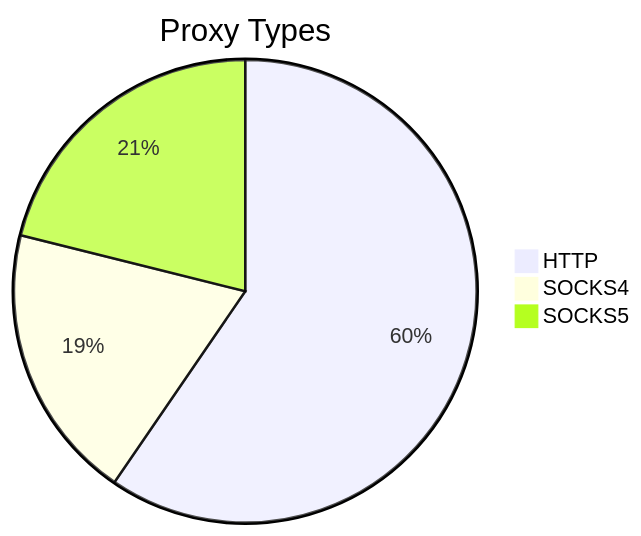
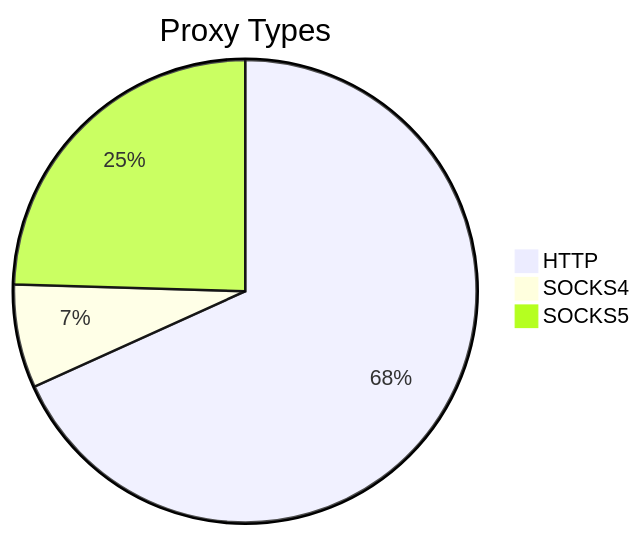
Before and after one commit to stormsia/proxy-list: the first of 2 diagrams in README.md, drawn with Mermaid. The commit also changed other lines of this file, not shown here.

````diff
--- a/README.md
+++ b/README.md
@@ -21,6 +21,6 @@
 ```mermaid
 pie title Proxy Types
-    "HTTP" : 268
-    "SOCKS4" : 87
-    "SOCKS5" : 95
+    "HTTP" : 217
+    "SOCKS4" : 23
+    "SOCKS5" : 78
 ```
````
